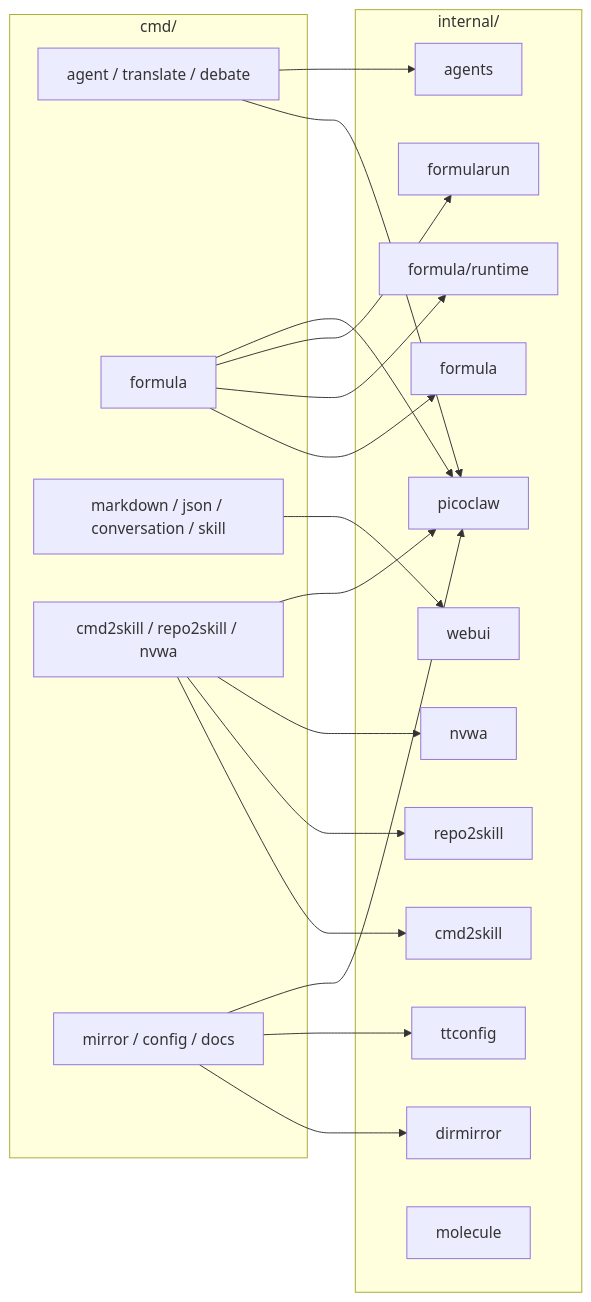
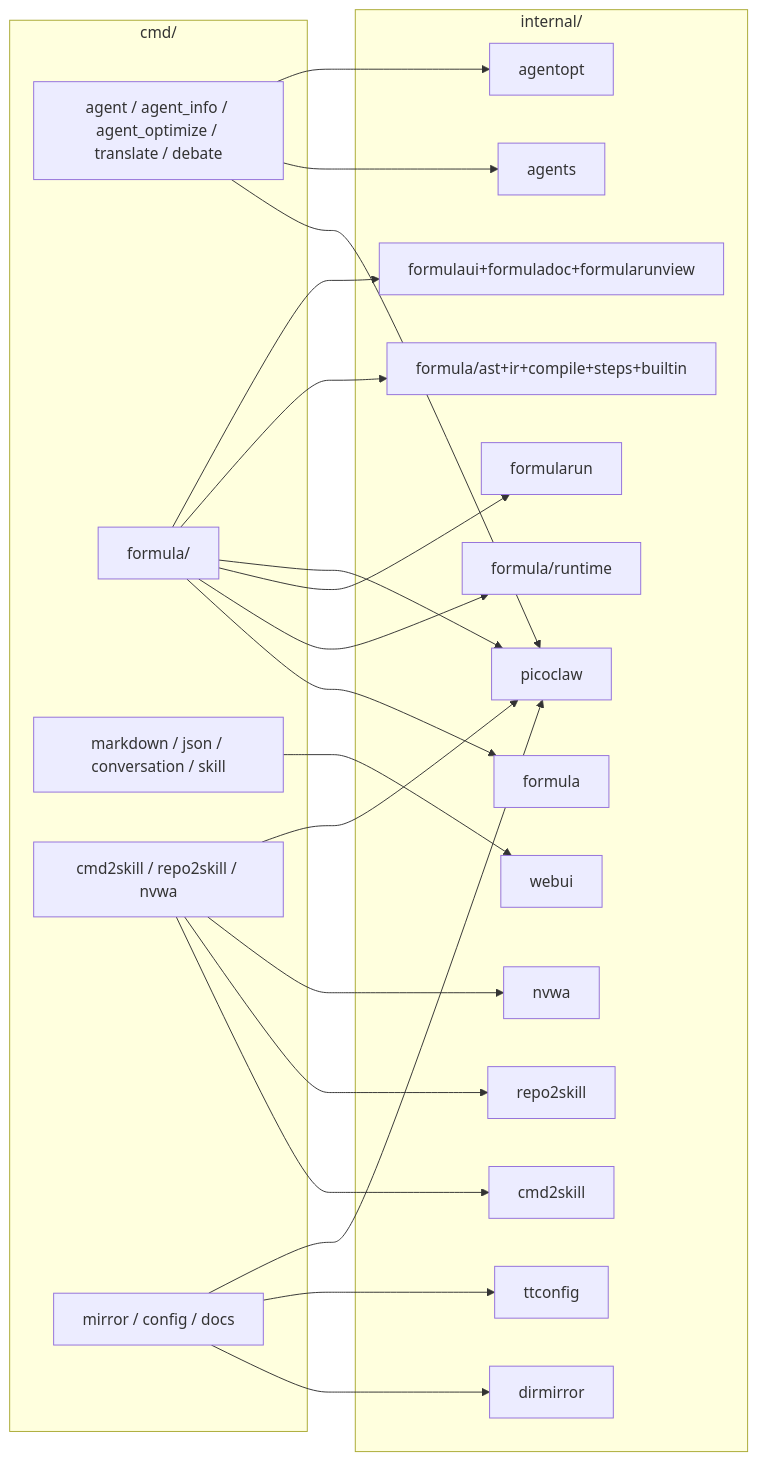
The first of 2 diagrams in ai-docs/module-map.md (sjzsdu/tt), drawn with Mermaid before and after one commit. The commit also changed other lines of this file and 5 other files, not shown here.

Commit message:
docs(ai-docs): expand formula and agent architecture guides

````diff
--- a/ai-docs/module-map.md
+++ b/ai-docs/module-map.md
@@ -14,40 +16,45 @@
 ```mermaid
 flowchart LR
     subgraph CMD[cmd/]
-        C1[agent / translate / debate]
-        C2[formula]
+        C1[agent / agent_info / agent_optimize / translate / debate]
+        C2[formula/]
         C3[markdown / json / conversation / skill]
         C4[cmd2skill / repo2skill / nvwa]
         C5[mirror / config / docs]
     end
 
     subgraph INT[internal/]
         I1[picoclaw]
         I2[agents]
         I3[formula]
         I4[formula/runtime]
         I5[formularun]
         I6[webui]
         I7[cmd2skill]
         I8[repo2skill]
         I9[nvwa]
         I10[dirmirror]
         I11[ttconfig]
-        I12[molecule]
+        I12[agentopt]
+        I13[formula/ast+ir+compile+steps+builtin]
+        I14[formulaui+formuladoc+formularunview]
     end
 
     C1 --> I1
     C1 --> I2
+    C1 --> I12
     C2 --> I3
     C2 --> I4
     C2 --> I5
     C2 --> I1
+    C2 --> I13
+    C2 --> I14
     C3 --> I6
     C4 --> I7
     C4 --> I8
     C4 --> I9
     C4 --> I1
     C5 --> I10
     C5 --> I11
     C5 --> I1
 ```
````
